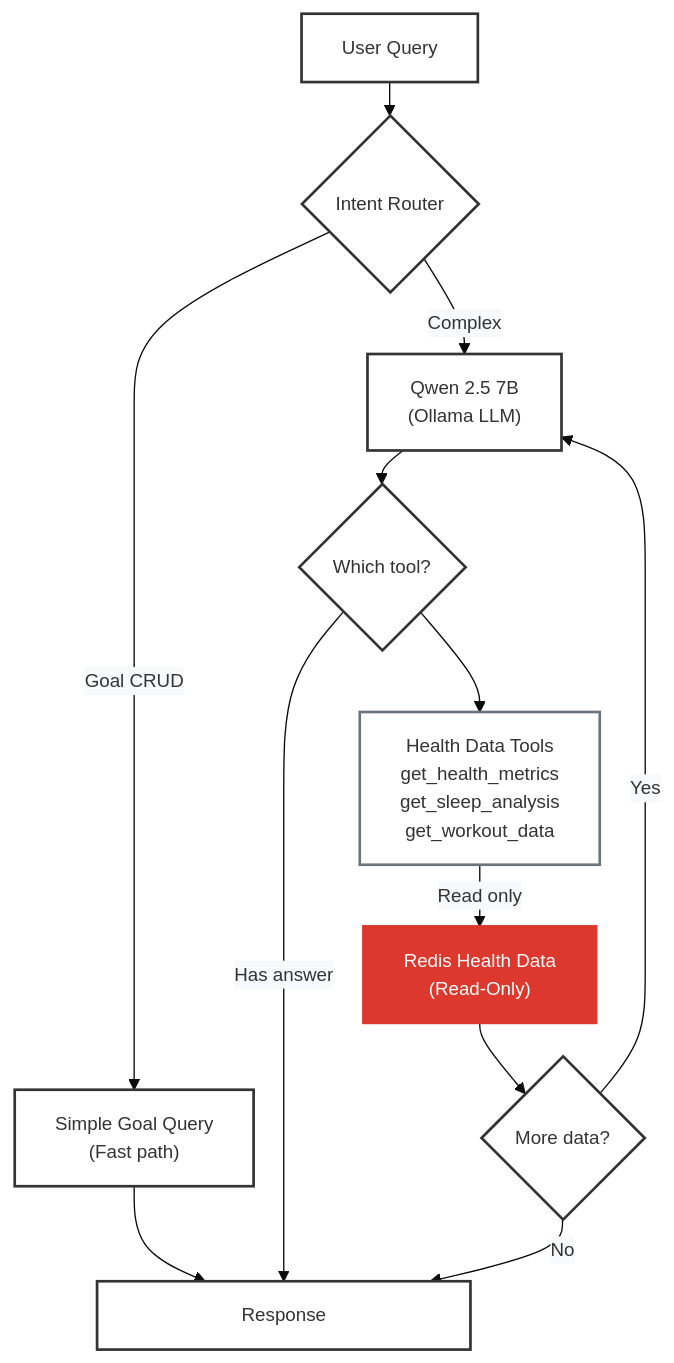
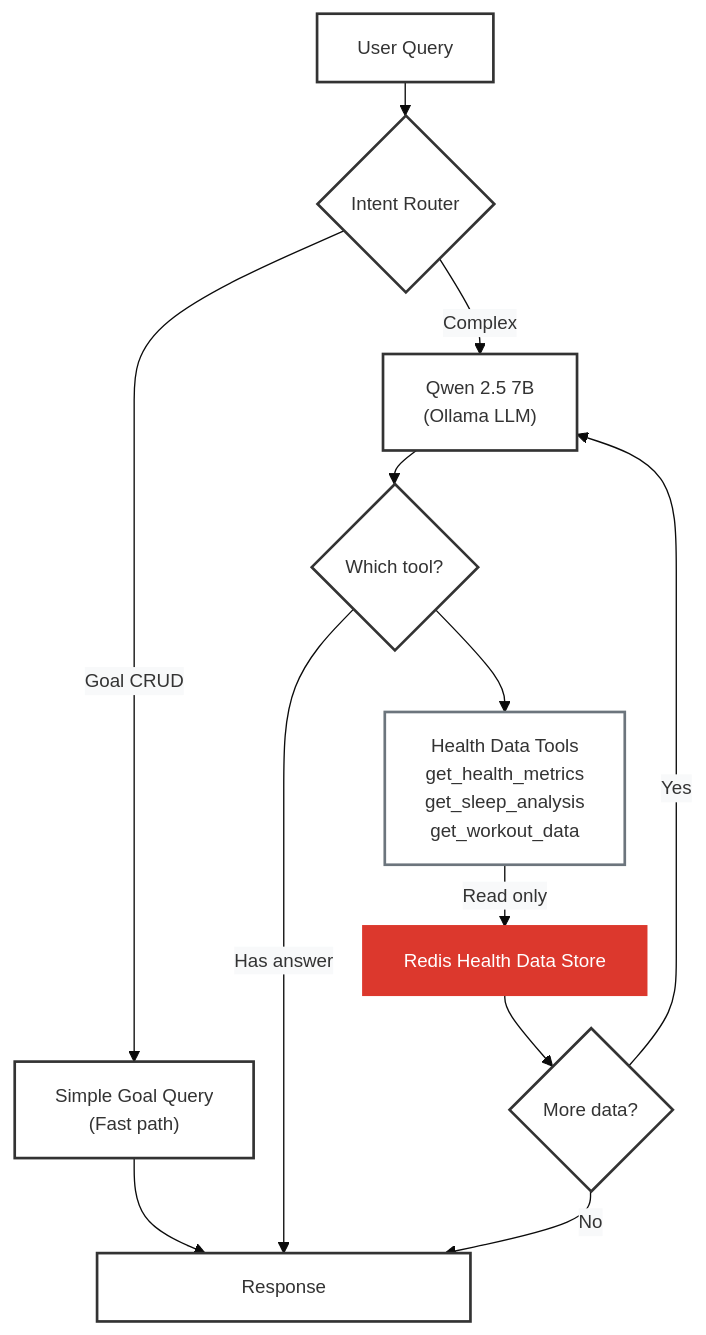
The second of 2 diagrams in docs/STATELESS_AGENT.md (AllieRays/redis-wellness), drawn with Mermaid before and after one commit. The commit also changed other lines of this file, not shown here.

````diff
--- a/docs/STATELESS_AGENT.md
+++ b/docs/STATELESS_AGENT.md
@@ -78,35 +116,35 @@
 ```mermaid
 %%{init: {'theme':'base', 'themeVariables': { 'fontSize':'14px', 'edgeLabelBackground':'#f8f9fa'}, 'flowchart': {'nodeSpacing': 25, 'rankSpacing': 25}}}%%
 flowchart TB
     Query["User Query"]
     Router{"Intent Router"}
     GoalOp["Simple Goal Query<br/>(Fast path)"]
     LLM["Qwen 2.5 7B<br/>(Ollama LLM)"]
     Decision{"Which tool?"}
     HealthTools["Health Data Tools<br/>get_health_metrics<br/>get_sleep_analysis<br/>get_workout_data"]
-    DataSource["Redis Health Data<br/>(Read-Only)"]
+    DataSource["Redis Health Data Store"]
     Loop{"More data?"}
     Response["&nbsp;&nbsp;&nbsp;&nbsp;&nbsp;&nbsp;&nbsp;&nbsp;&nbsp;&nbsp;&nbsp;&nbsp;&nbsp;&nbsp;&nbsp;&nbsp;&nbsp;&nbsp;&nbsp;&nbsp;Response&nbsp;&nbsp;&nbsp;&nbsp;&nbsp;&nbsp;&nbsp;&nbsp;&nbsp;&nbsp;&nbsp;&nbsp;&nbsp;&nbsp;&nbsp;&nbsp;&nbsp;&nbsp;&nbsp;&nbsp;"]
 
     Query --> Router
     Router -->|"Goal CRUD"| GoalOp
     Router -->|"Complex"| LLM
     GoalOp --> Response
     LLM --> Decision
     Decision --> HealthTools
     Decision -->|"Has answer"| Response
     HealthTools -->|"Read only"| DataSource
     DataSource --> Loop
     Loop -->|Yes| LLM
     Loop -->|No| Response
 
     style Query fill:#fff,stroke:#333,stroke-width:2px
     style Router fill:#fff,stroke:#333,stroke-width:2px
     style GoalOp fill:#fff,stroke:#333,stroke-width:2px
     style LLM fill:#fff,stroke:#333,stroke-width:2px
     style Decision fill:#fff,stroke:#333,stroke-width:2px
     style HealthTools fill:#fff,stroke:#6c757d,stroke-width:2px
     style DataSource fill:#dc382d,stroke:#dc382d,stroke-width:2px,color:#fff
     style Loop fill:#fff,stroke:#333,stroke-width:2px
     style Response fill:#fff,stroke:#333,stroke-width:2px,min-width:500px
 ```
````
